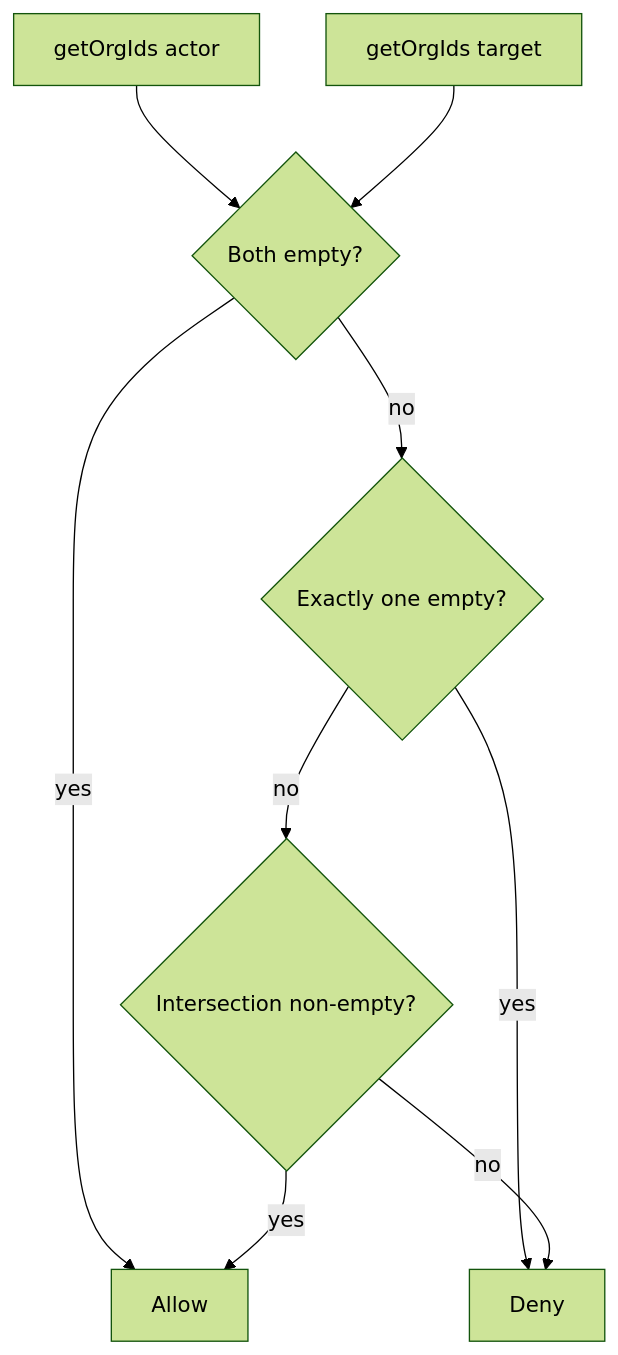
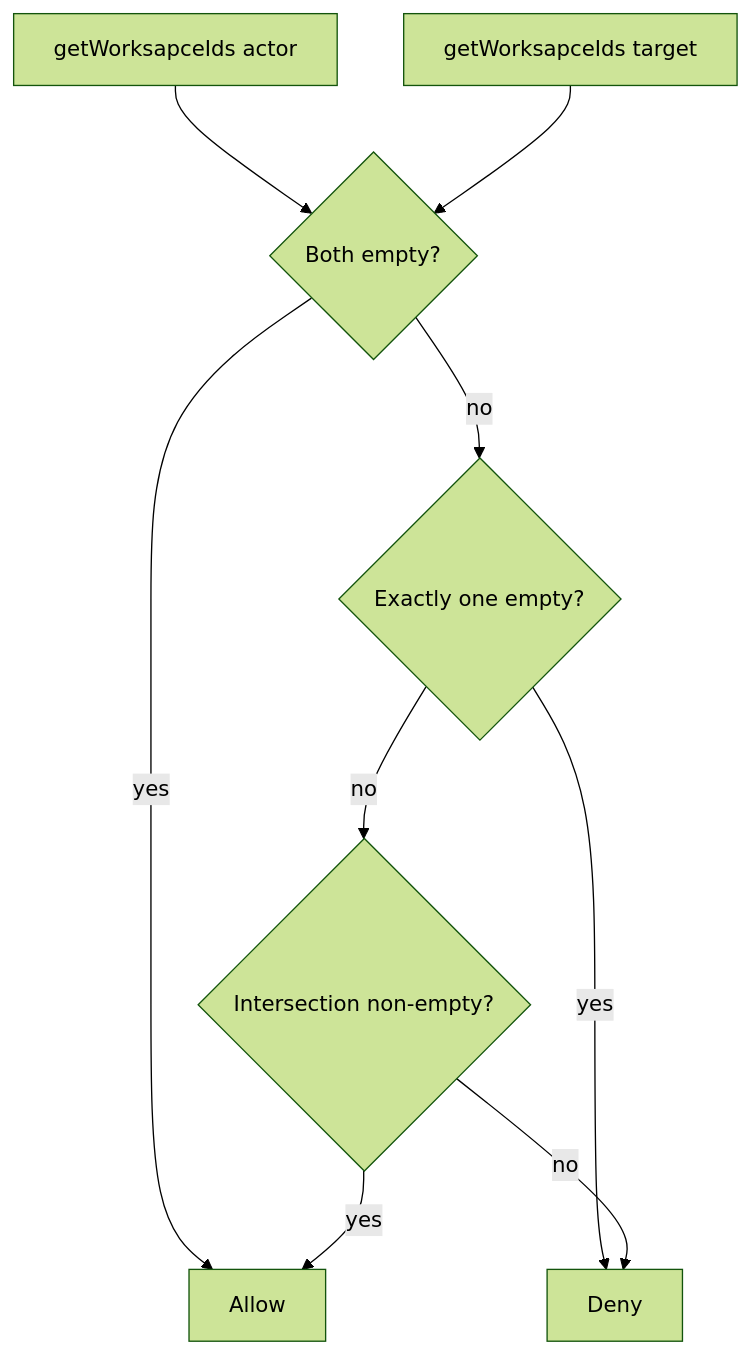
Before and after one commit to eugaelgomes/weave: the diagram in .cursor/plans/workspace_search_and_share_edb505b4.plan.md, drawn with Mermaid (forest theme). The commit also changed other lines of this file and 154 other files, not shown here.

````diff
--- a/.cursor/plans/workspace_search_and_share_edb505b4.plan.md
+++ b/.cursor/plans/workspace_search_and_share_edb505b4.plan.md
@@ -82,13 +82,13 @@
 ```mermaid
 flowchart TD
-  A[getOrgIds actor]
-  B[getOrgIds target]
+  A[getWorksapceIds actor]
+  B[getWorksapceIds target]
   A --> E{Both empty?}
   B --> E
   E -->|yes| OK[Allow]
   E -->|no| F{Exactly one empty?}
   F -->|yes| DENY[Deny]
   F -->|no| G{Intersection non-empty?}
   G -->|yes| OK
   G -->|no| DENY
 ```
````
